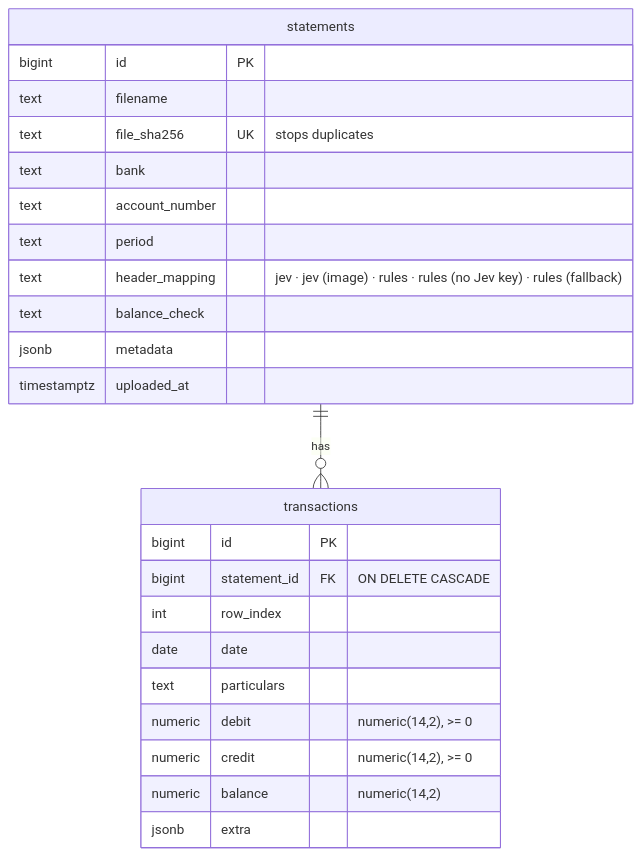
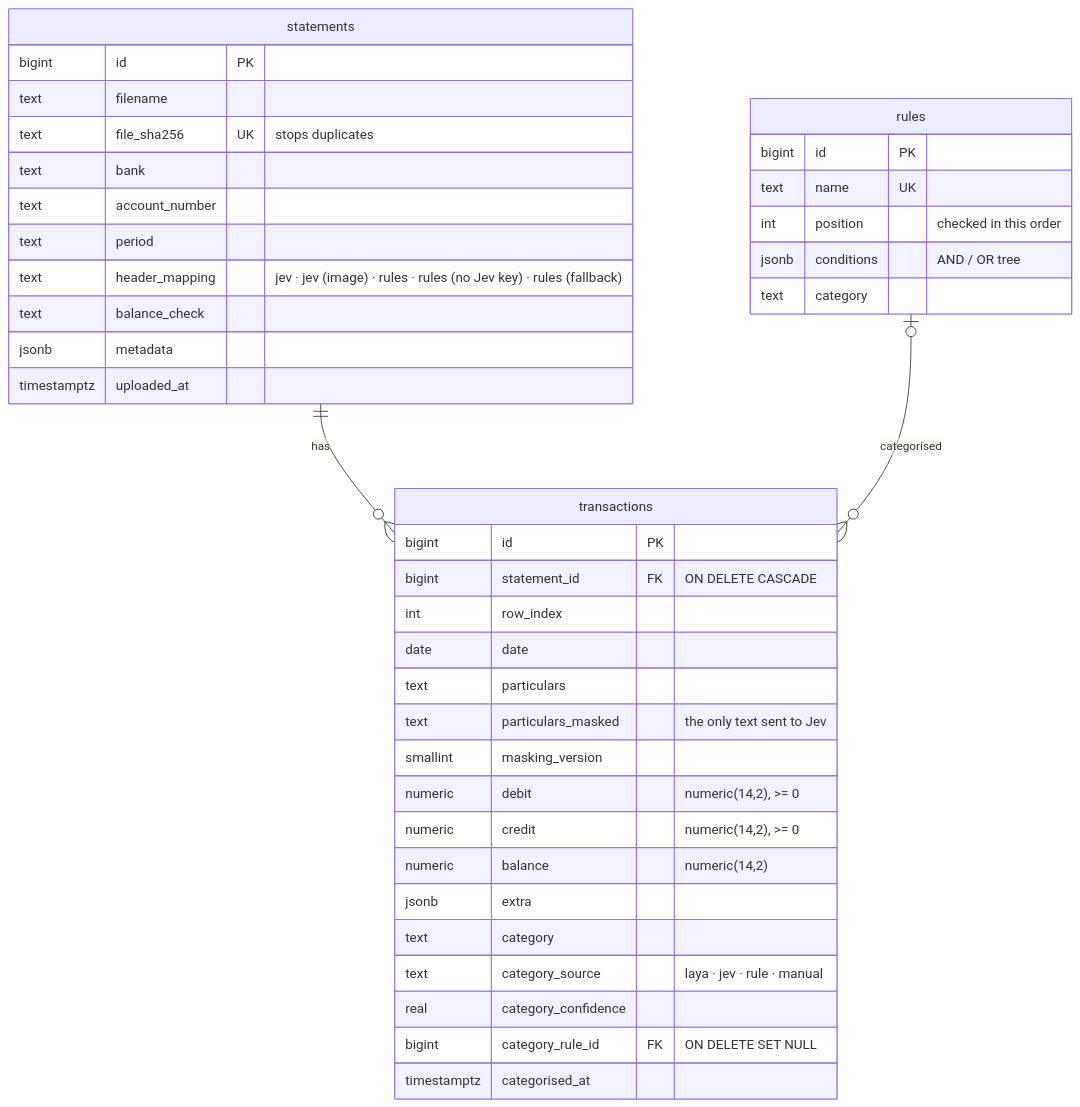
The fourth of 4 diagrams in README.md (Arindam-Mondal/track-my-money), drawn with Mermaid before and after one commit. The commit also changed other lines of this file and 35 other files, not shown here.

First line of the commit message:
Add category rules, transaction search with bulk update, and Pass-through

````diff
--- a/README.md
+++ b/README.md
@@ -361,27 +455,42 @@
 ```mermaid
 erDiagram
     statements ||--o{ transactions : "has"
+    rules |o--o{ transactions : "categorised"
     statements {
         bigint id PK
         text filename
         text file_sha256 UK "stops duplicates"
         text bank
         text account_number
         text period
         text header_mapping "jev · jev (image) · rules · rules (no Jev key) · rules (fallback)"
         text balance_check
         jsonb metadata
         timestamptz uploaded_at
     }
     transactions {
         bigint id PK
         bigint statement_id FK "ON DELETE CASCADE"
         int row_index
         date date
         text particulars
+        text particulars_masked "the only text sent to Jev"
+        smallint masking_version
         numeric debit "numeric(14,2), >= 0"
         numeric credit "numeric(14,2), >= 0"
         numeric balance "numeric(14,2)"
         jsonb extra
+        text category
+        text category_source "laya · jev · rule · manual"
+        real category_confidence
+        bigint category_rule_id FK "ON DELETE SET NULL"
+        timestamptz categorised_at
+    }
+    rules {
+        bigint id PK
+        text name UK
+        int position "checked in this order"
+        jsonb conditions "AND / OR tree"
+        text category
     }
 ```
````
